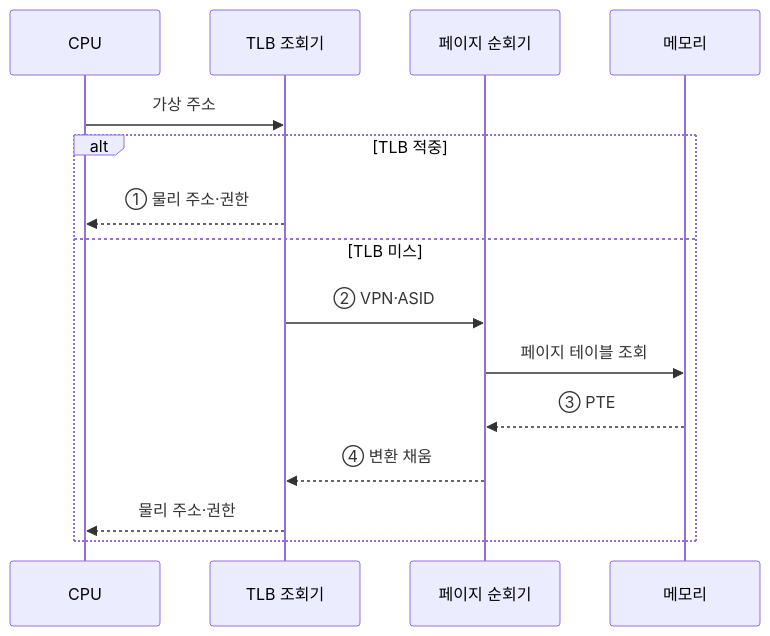
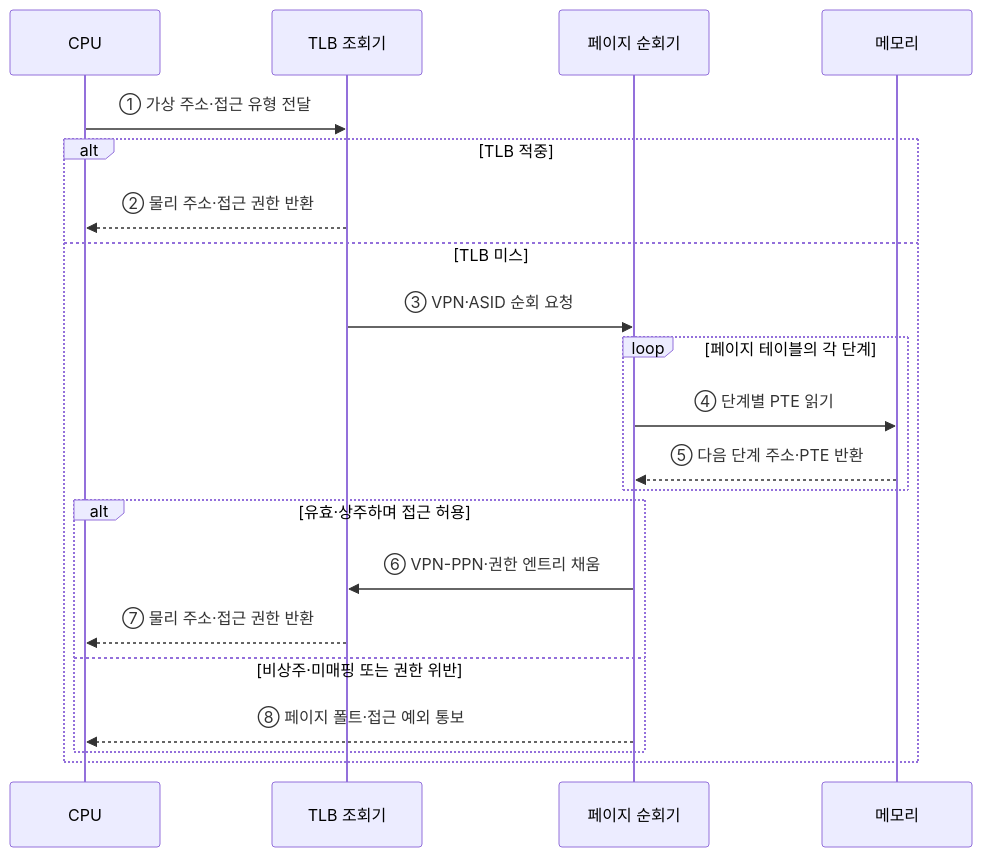
The second of 2 diagrams in src/content/docs/notes/02-hardware/016_tlb.md (agnusdei1207/knowledge-base), drawn with Mermaid before and after one commit. The commit also changed other lines of this file and 18 other files, not shown here.

````diff
--- a/src/content/docs/notes/02-hardware/016_tlb.md
+++ b/src/content/docs/notes/02-hardware/016_tlb.md
@@ -86,17 +92,23 @@
 ```mermaid
 sequenceDiagram
     participant C as CPU
     participant L as TLB 조회기
     participant W as 페이지 순회기
     participant M as 메모리
-    C->>L: 가상 주소
+    C->>L: ① 가상 주소·접근 유형 전달
     alt TLB 적중
-        L-->>C: ① 물리 주소·권한
+        L-->>C: ② 물리 주소·접근 권한 반환
     else TLB 미스
-        L->>W: ② VPN·ASID
-        W->>M: 페이지 테이블 조회
-        M-->>W: ③ PTE
-        W-->>L: ④ 변환 채움
-        L-->>C: 물리 주소·권한
+        L->>W: ③ VPN·ASID 순회 요청
+        loop 페이지 테이블의 각 단계
+            W->>M: ④ 단계별 PTE 읽기
+            M-->>W: ⑤ 다음 단계 주소·PTE 반환
+        end
+        alt 유효·상주하며 접근 허용
+            W->>L: ⑥ VPN-PPN·권한 엔트리 채움
+            L-->>C: ⑦ 물리 주소·접근 권한 반환
+        else 비상주·미매핑 또는 권한 위반
+            W-->>C: ⑧ 페이지 폴트·접근 예외 통보
+        end
     end
 ```
````
